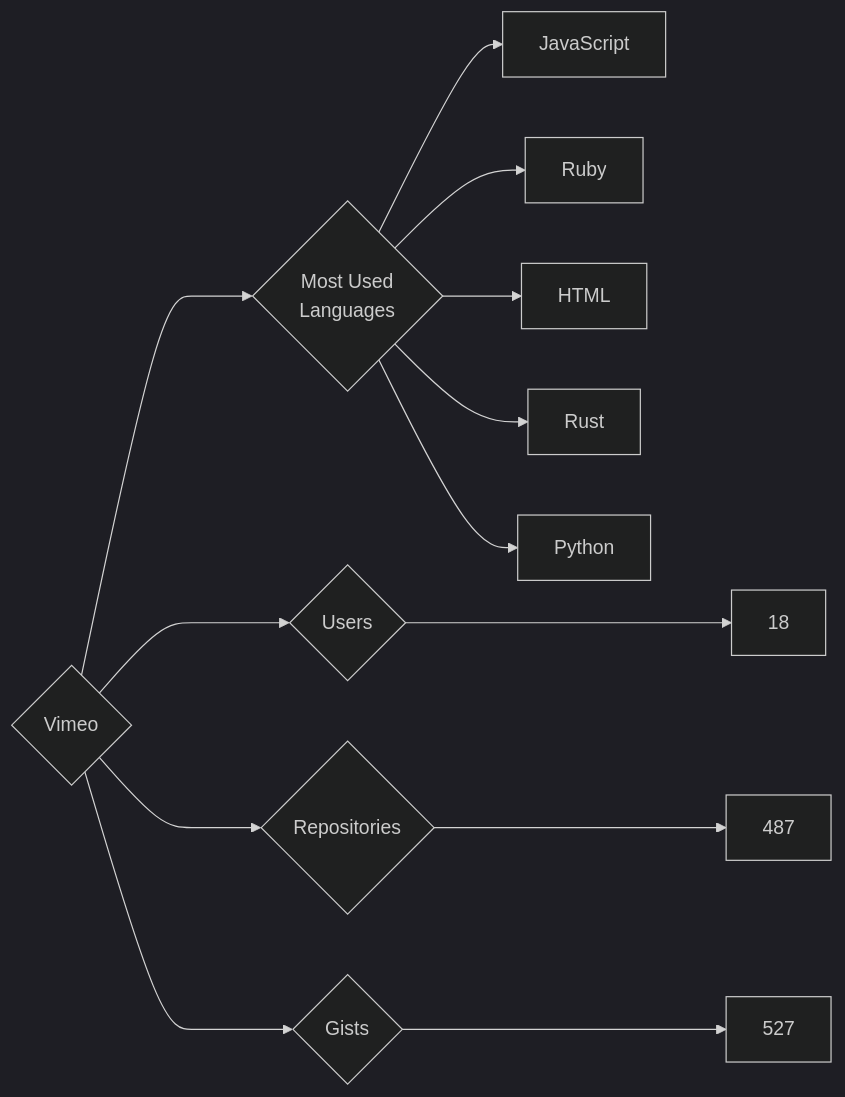
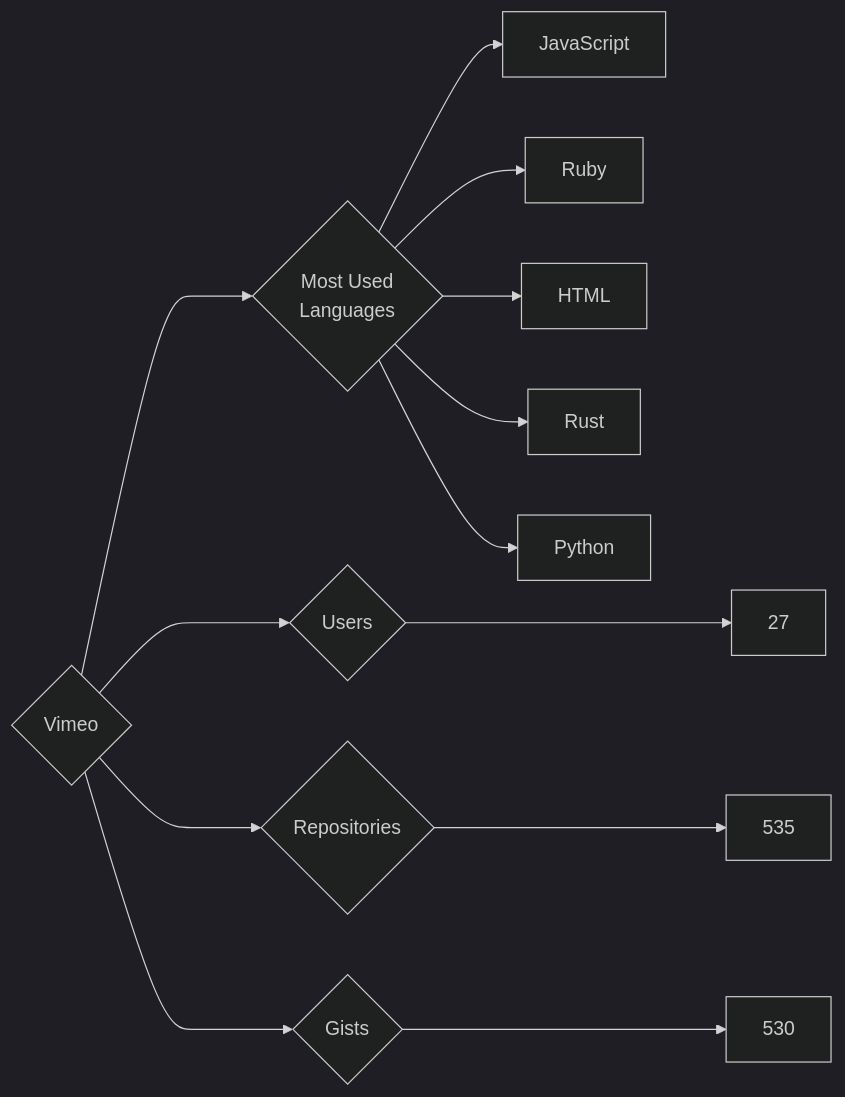
The diagram in targets/Vimeo/README.md (trickest/insiders), drawn with Mermaid (dark theme) before and after one commit. The commit also changed 799 other files, not shown here.

````diff
--- a/targets/Vimeo/README.md
+++ b/targets/Vimeo/README.md
@@ -3,13 +3,13 @@
 ```mermaid
 graph LR
 COMPANY_NAME{Vimeo}
-COMPANY_NAME ---> U{Users} ---> UN[18]
-COMPANY_NAME ---> R{Repositories} ---> RN[487]
-COMPANY_NAME ---> G{Gists} ---> GN[527]
+COMPANY_NAME ---> U{Users} ---> UN[27]
+COMPANY_NAME ---> R{Repositories} ---> RN[535]
+COMPANY_NAME ---> G{Gists} ---> GN[530]
 COMPANY_NAME ---> ML{Most Used<br>Languages}
 ML --> JavaScript[JavaScript]
 ML --> Ruby[Ruby]
 ML --> HTML[HTML]
 ML --> Rust[Rust]
 ML --> Python[Python]
 ```
````
